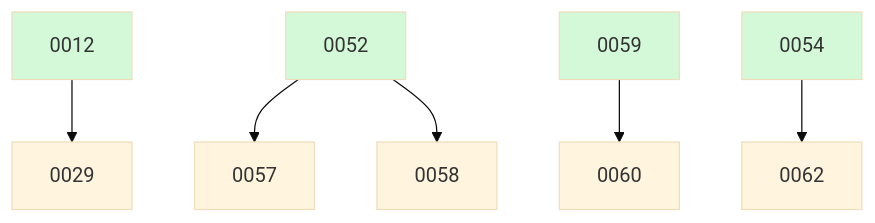
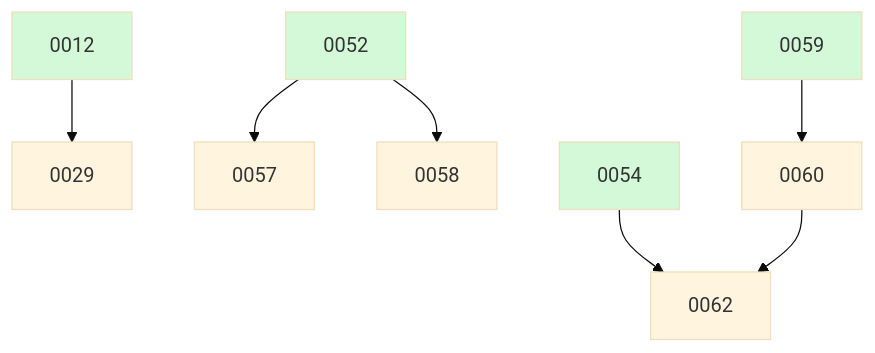
The diagram in docs/changes/BOARD.md (ethanhinson/fuse), drawn with Mermaid (base theme) before and after one commit. The commit also changed other lines of this file, not shown here.

````diff
--- a/docs/changes/BOARD.md
+++ b/docs/changes/BOARD.md
@@ -20,13 +20,14 @@
 ```mermaid
 graph TD
   0012 --> 0029
   0052 --> 0057
   0052 --> 0058
   0059 --> 0060
   0054 --> 0062
+  0060 --> 0062
   0012:::done
   0052:::done
   0054:::done
   0059:::done
   classDef done fill:#d3f9d8;
 ```
````
